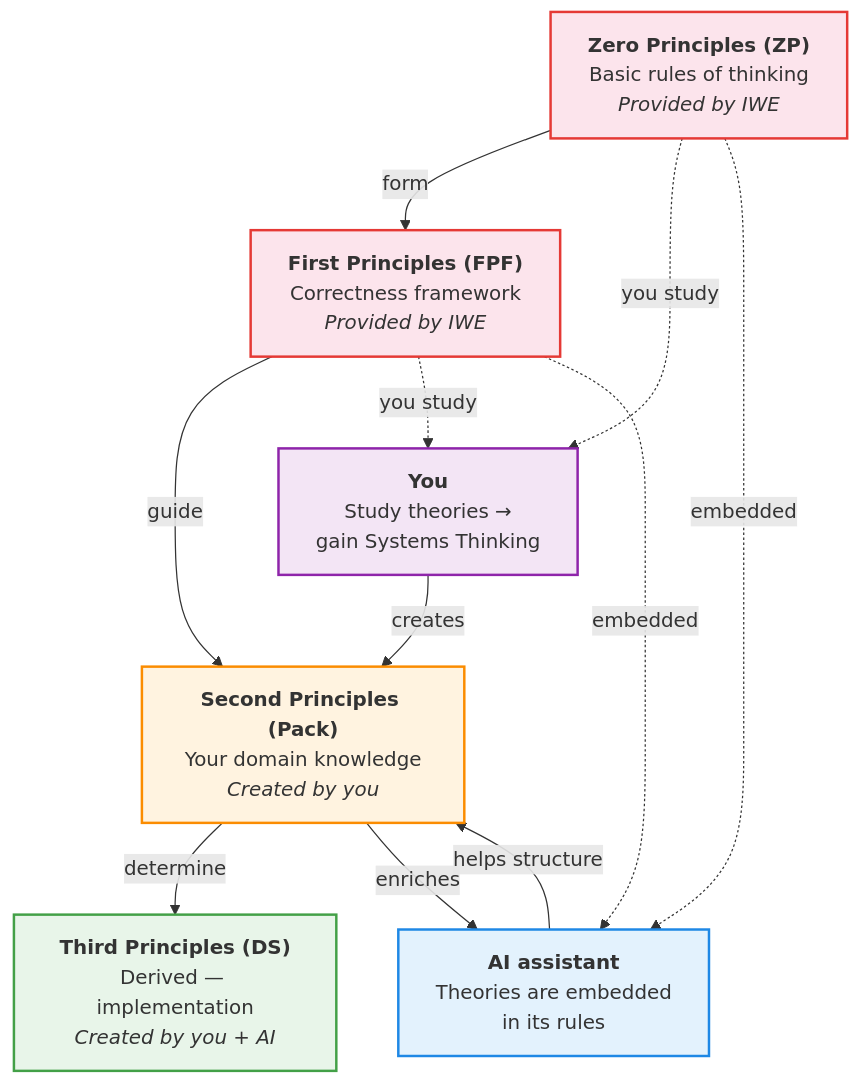
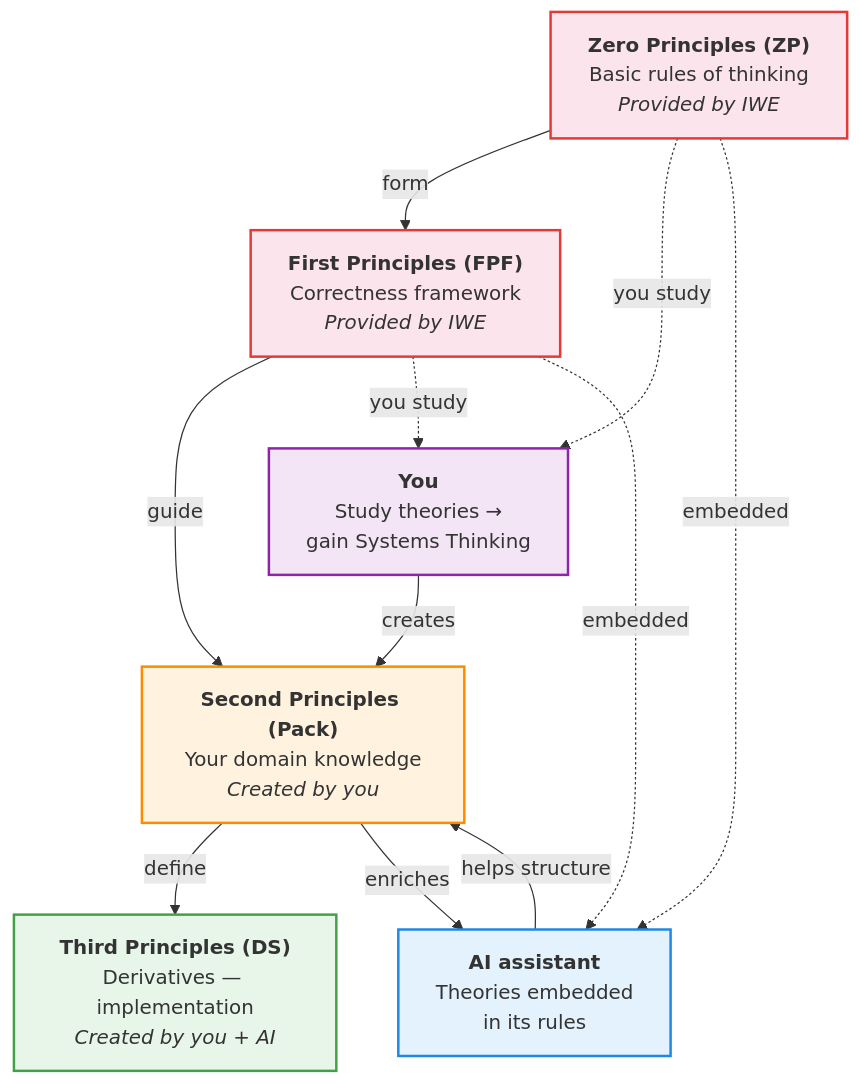
The third of 3 diagrams in docs/onboarding/onboarding-guide.md (TserenTserenov/FMT-exocortex-template), drawn with Mermaid before and after one commit. The commit also changed other lines of this file and 8 other files, not shown here.

````diff
--- a/docs/onboarding/onboarding-guide.md
+++ b/docs/onboarding/onboarding-guide.md
@@ -294,29 +296,29 @@
 ```mermaid
 graph TD
     ZP["<b>Zero Principles (ZP)</b><br/>Basic rules of thinking<br/><i>Provided by IWE</i>"]
     FPF["<b>First Principles (FPF)</b><br/>Correctness framework<br/><i>Provided by IWE</i>"]
     PACK["<b>Second Principles (Pack)</b><br/>Your domain knowledge<br/><i>Created by you</i>"]
-    DS["<b>Third Principles (DS)</b><br/>Derived — implementation<br/><i>Created by you + AI</i>"]
+    DS["<b>Third Principles (DS)</b><br/>Derivatives — implementation<br/><i>Created by you + AI</i>"]
 
     ZP -->|"form"| FPF
     FPF -->|"guide"| PACK
-    PACK -->|"determine"| DS
+    PACK -->|"define"| DS
 
     USER["<b>You</b><br/>Study theories →<br/>gain Systems Thinking"]
-    AI["<b>AI assistant</b><br/>Theories are embedded<br/>in its rules"]
+    AI["<b>AI assistant</b><br/>Theories embedded<br/>in its rules"]
 
     ZP -.->|"you study"| USER
     FPF -.->|"you study"| USER
     ZP -.->|"embedded"| AI
     FPF -.->|"embedded"| AI
     USER -->|"creates"| PACK
     PACK -->|"enriches"| AI
     AI -->|"helps structure"| PACK
 
     style ZP fill:#fce4ec,stroke:#e53935,stroke-width:2px
     style FPF fill:#fce4ec,stroke:#e53935,stroke-width:2px
     style PACK fill:#fff3e0,stroke:#fb8c00,stroke-width:2px
     style DS fill:#e8f5e9,stroke:#43a047,stroke-width:2px
     style USER fill:#f3e5f5,stroke:#8e24aa,stroke-width:2px
     style AI fill:#e3f2fd,stroke:#1e88e5,stroke-width:2px
 ```
````
